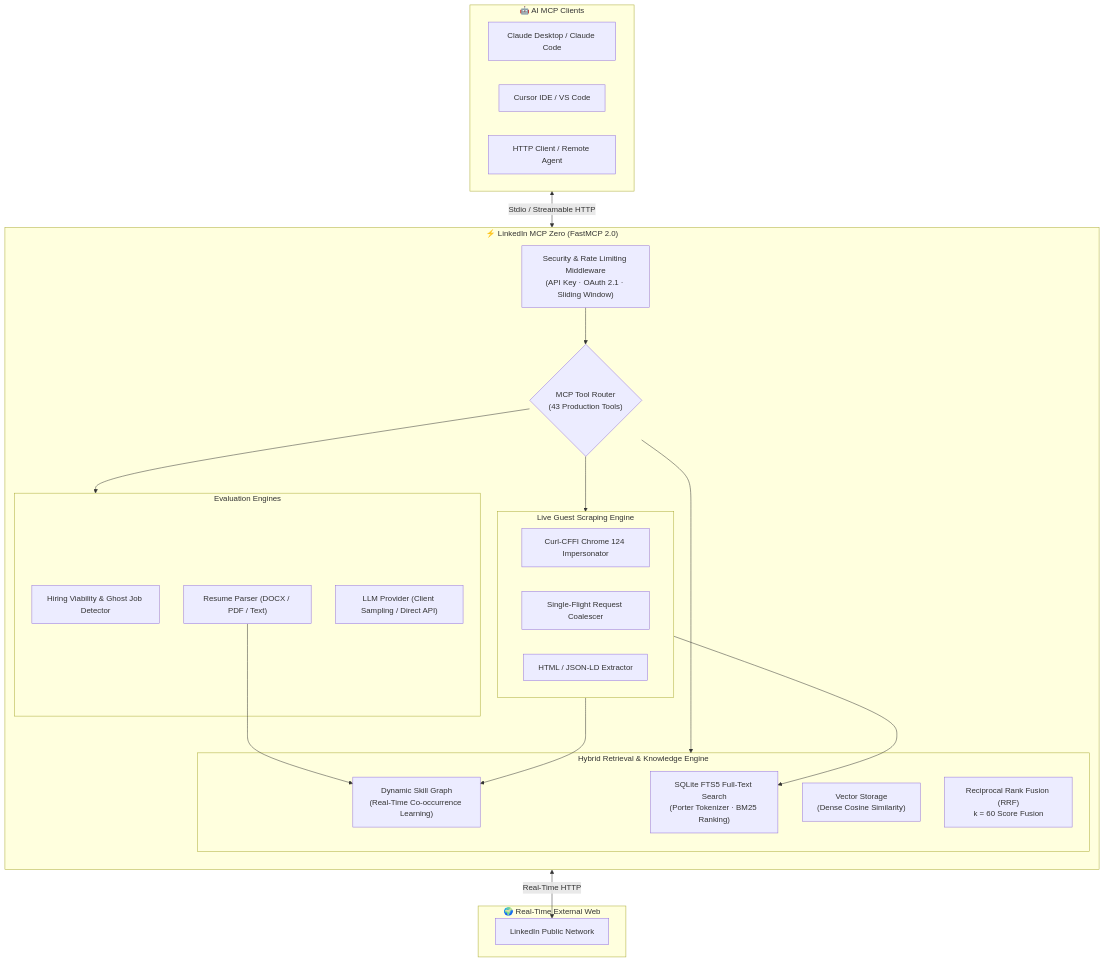
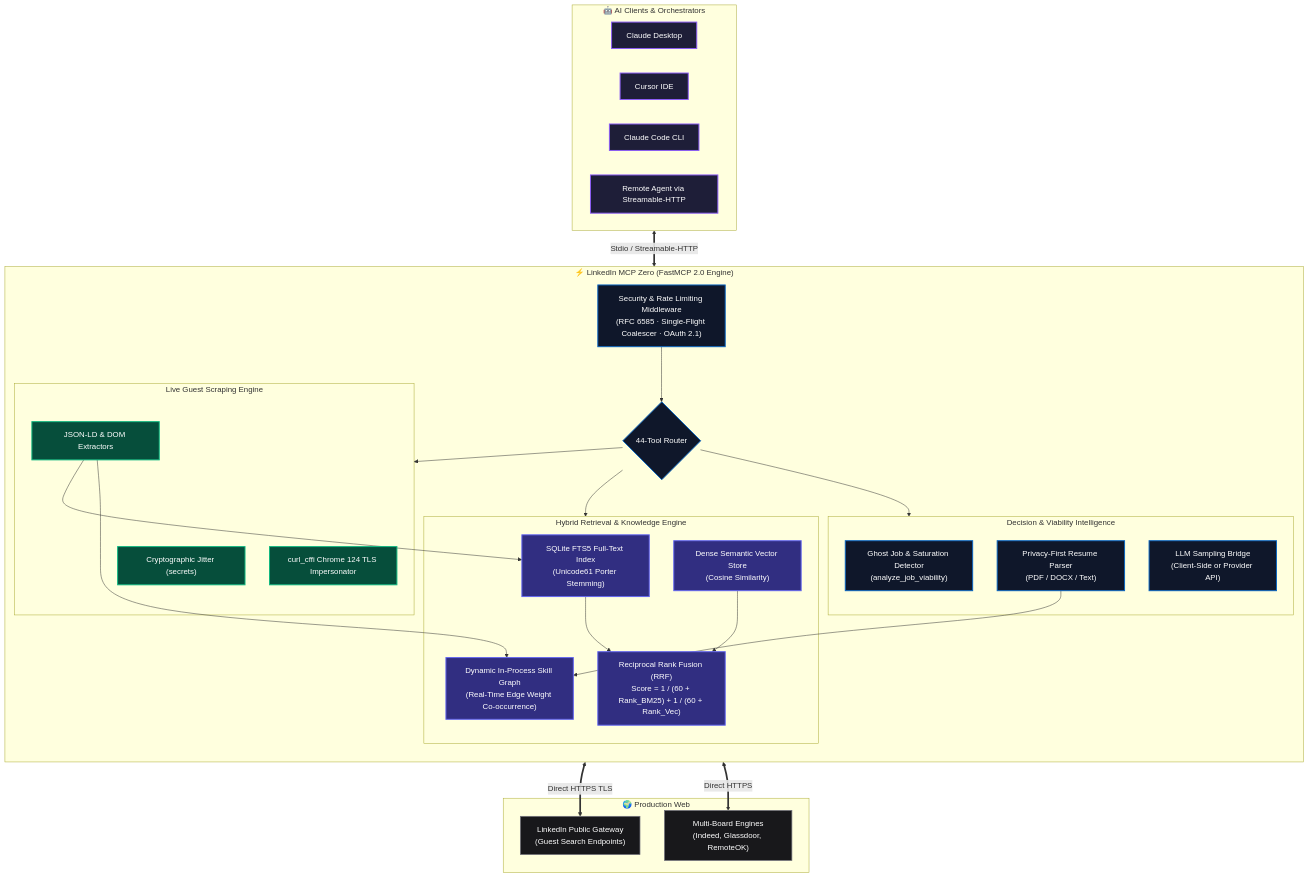
One commit to SanthaKumar-K-2004/linkedin-mcp-zero changed the diagram in README.md. Above: the diagram before and after it, drawn with Mermaid. The commit also changed other lines of this file and 27 other files, not shown here.

First line of the commit message:
feat(v0.4.1): release v0.4.1 with 44 tools, real-time research, GHCR hosting & premium interactive documentation

````diff
--- a/README.md
+++ b/README.md
@@ -45,47 +348,60 @@
 ```mermaid
 flowchart TD
-    subgraph Client["🤖 AI MCP Clients"]
-        C1["Claude Desktop / Claude Code"]
-        C2["Cursor IDE / VS Code"]
-        C3["HTTP Client / Remote Agent"]
+    classDef client fill:#1e1e38,stroke:#8B5CF6,stroke-width:2px,color:#fff;
+    classDef server fill:#0f172a,stroke:#0A66C2,stroke-width:2px,color:#fff;
+    classDef engine fill:#064e3b,stroke:#10B981,stroke-width:2px,color:#fff;
+    classDef rag fill:#312e81,stroke:#6366F1,stroke-width:2px,color:#fff;
+    classDef ext fill:#18181b,stroke:#71717a,stroke-width:1.5px,color:#fff;
+
+    subgraph ClientLayer["🤖 AI Clients & Orchestrators"]
+        C1["Claude Desktop"]:::client
+        C2["Cursor IDE"]:::client
+        C3["Claude Code CLI"]:::client
+        C4["Remote Agent via Streamable-HTTP"]:::client
     end
 
-    subgraph Server["⚡ LinkedIn MCP Zero (FastMCP 2.0)"]
+    subgraph CoreServer["⚡ LinkedIn MCP Zero (FastMCP 2.0 Engine)"]
         direction TB
-        MW["Security & Rate Limiting Middleware<br/>(API Key · OAuth 2.1 · Sliding Window)"]
-        Router{"MCP Tool Router<br/>(43 Production Tools)"}
         
-        subgraph ScrapingEngine["Live Guest Scraping Engine"]
-            S1["Curl-CFFI Chrome 124 Impersonator"]
-            S2["Single-Flight Request Coalescer"]
-            S3["HTML / JSON-LD Extractor"]
+        MW["Security & Rate Limiting Middleware<br/>(RFC 6585 · Single-Flight Coalescer · OAuth 2.1)"]:::server
+        Router{"44-Tool Router"}:::server
+
+        subgraph ScrapeEngine["Live Guest Scraping Engine"]
+            CF["curl_cffi Chrome 124 TLS Impersonator"]:::engine
+            HP["JSON-LD & DOM Extractors"]:::engine
+            JIT["Cryptographic Jitter (secrets)"]:::engine
         end
 
-        subgraph SearchAndRAG["Hybrid Retrieval & Knowledge Engine"]
-            FTS["SQLite FTS5 Full-Text Search<br/>(Porter Tokenizer · BM25 Ranking)"]
-            VEC["Vector Storage<br/>(Dense Cosine Similarity)"]
-            RRF["Reciprocal Rank Fusion (RRF)<br/>k = 60 Score Fusion"]
-            SG["Dynamic Skill Graph<br/>(Real-Time Co-occurrence Learning)"]
+        subgraph RAGEngine["Hybrid Retrieval & Knowledge Engine"]
+            FTS["SQLite FTS5 Full-Text Index<br/>(Unicode61 Porter Stemming)"]:::rag
+            VEC["Dense Semantic Vector Store<br/>(Cosine Similarity)"]:::rag
+            RRF["Reciprocal Rank Fusion (RRF)<br/>Score = 1 / (60 + Rank_BM25) + 1 / (60 + Rank_Vec)"]:::rag
+            DSG["Dynamic In-Process Skill Graph<br/>(Real-Time Edge Weight Co-occurrence)"]:::rag
         end
 
-        subgraph Intelligence["Evaluation Engines"]
-            VIA["Hiring Viability & Ghost Job Detector"]
-            RES["Resume Parser (DOCX / PDF / Text)"]
-            LLM["LLM Provider (Client Sampling / Direct API)"]
+        subgraph Intelligence["Decision & Viability Intelligence"]
+            GHOST["Ghost Job & Saturation Detector<br/>(analyze_job_viability)"]:::server
+            RESUME["Privacy-First Resume Parser<br/>(PDF / DOCX / Text)"]:::server
+            LLM_BRIDGE["LLM Sampling Bridge<br/>(Client-Side or Provider API)"]:::server
         end
     end
 
-    subgraph External["🌍 Real-Time External Web"]
-        LI["LinkedIn Public Network"]
+    subgraph ExternalWeb["🌍 Production Web"]
+        LI["LinkedIn Public Gateway<br/>(Guest Search Endpoints)"]:::ext
+        MB["Multi-Board Engines<br/>(Indeed, Glassdoor, RemoteOK)"]:::ext
     end
 
-    Client <-->|Stdio / Streamable HTTP| MW
+    ClientLayer <==>|Stdio / Streamable-HTTP| MW
     MW --> Router
-    Router --> ScrapingEngine
-    Router --> SearchAndRAG
+    Router --> ScrapeEngine
+    Router --> RAGEngine
     Router --> Intelligence
-    ScrapingEngine <-->|Real-Time HTTP| LI
-    ScrapingEngine --> FTS
-    ScrapingEngine --> SG
-    RES --> SG
+
+    ScrapeEngine <==>|Direct HTTPS TLS| LI
+    ScrapeEngine <==>|Direct HTTPS| MB
+
+    HP --> FTS
+    HP --> DSG
+    RESUME --> DSG
+    FTS & VEC --> RRF
 ```
````
